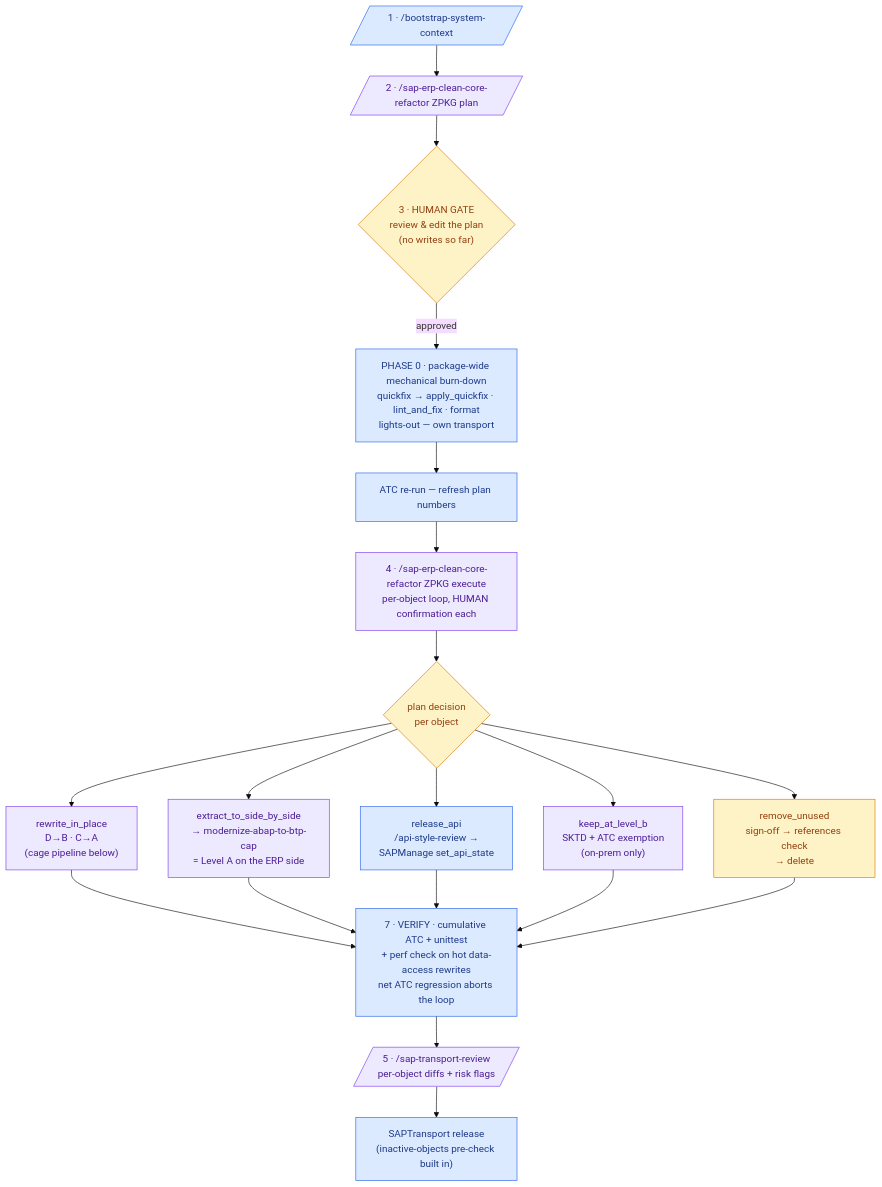
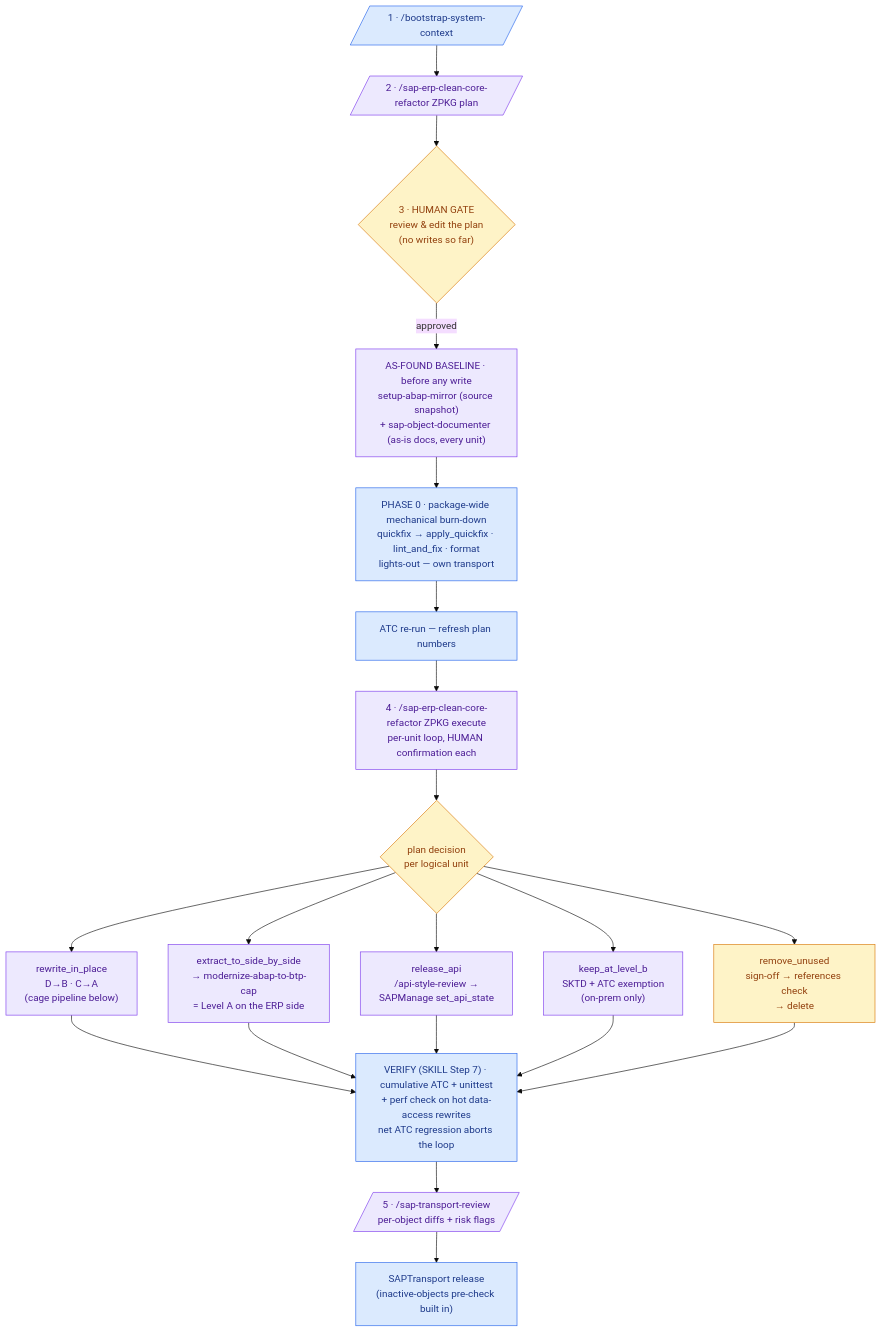
Before and after one commit to Raistlin82/arc-1-fork: the first of 2 diagrams in skills/sap-erp-clean-core-refactor/WORKFLOW.md, drawn with Mermaid (base theme). The commit also changed other lines of this file and 6 other files, not shown here.

````diff
--- a/skills/sap-erp-clean-core-refactor/WORKFLOW.md
+++ b/skills/sap-erp-clean-core-refactor/WORKFLOW.md
@@ -40,26 +40,27 @@
 ```mermaid
 flowchart TD
     S1[/"1 · /bootstrap-system-context"/]:::det --> S2[/"2 · /sap-erp-clean-core-refactor ZPKG plan"/]:::gen
     S2 --> S3{"3 · HUMAN GATE<br/>review &amp; edit the plan<br/>(no writes so far)"}:::hum
-    S3 -->|approved| P0["PHASE 0 · package-wide mechanical burn-down<br/>quickfix → apply_quickfix · lint_and_fix · format<br/>lights-out — own transport"]:::det
+    S3 -->|approved| BL["AS-FOUND BASELINE · before any write<br/>setup-abap-mirror (source snapshot)<br/>+ sap-object-documenter (as-is docs, every unit)"]:::gen
+    BL --> P0["PHASE 0 · package-wide mechanical burn-down<br/>quickfix → apply_quickfix · lint_and_fix · format<br/>lights-out — own transport"]:::det
     P0 --> P0R["ATC re-run — refresh plan numbers"]:::det
-    P0R --> EX["4 · /sap-erp-clean-core-refactor ZPKG execute<br/>per-object loop, HUMAN confirmation each"]:::gen
-    EX --> DEC{"plan decision<br/>per object"}:::hum
+    P0R --> EX["4 · /sap-erp-clean-core-refactor ZPKG execute<br/>per-unit loop, HUMAN confirmation each"]:::gen
+    EX --> DEC{"plan decision<br/>per logical unit"}:::hum
     DEC --> RW["rewrite_in_place<br/>D→B · C→A<br/>(cage pipeline below)"]:::gen
     DEC --> SBS["extract_to_side_by_side<br/>→ modernize-abap-to-btp-cap<br/>= Level A on the ERP side"]:::gen
-    DEC --> REL["release_api<br/>/api-style-review →<br/>SAPManage set_api_state"]:::det
+    DEC --> REL["release_api<br/>/api-style-review →<br/>SAPManage set_api_state"]:::gen
     DEC --> KB["keep_at_level_b<br/>SKTD + ATC exemption<br/>(on-prem only)"]:::gen
     DEC --> RM["remove_unused<br/>sign-off → references check<br/>→ delete"]:::hum
     RW --> V
     SBS --> V
     REL --> V
     KB --> V
     RM --> V
-    V["7 · VERIFY · cumulative ATC + unittest<br/>+ perf check on hot data-access rewrites<br/>net ATC regression aborts the loop"]:::det
+    V["VERIFY (SKILL Step 7) · cumulative ATC + unittest<br/>+ perf check on hot data-access rewrites<br/>net ATC regression aborts the loop"]:::det
     V --> TR[/"5 · /sap-transport-review<br/>per-object diffs + risk flags"/]:::gen
     TR --> DONE["SAPTransport release<br/>(inactive-objects pre-check built in)"]:::det
 
     classDef det fill:#dbeafe,stroke:#2563eb,color:#1e3a8a
     classDef gen fill:#ede9fe,stroke:#7c3aed,color:#4c1d95
     classDef hum fill:#fef3c7,stroke:#d97706,color:#92400e
 ```
````
